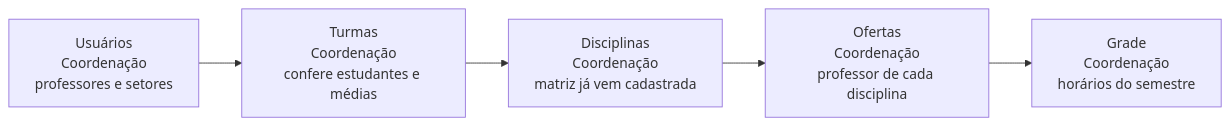
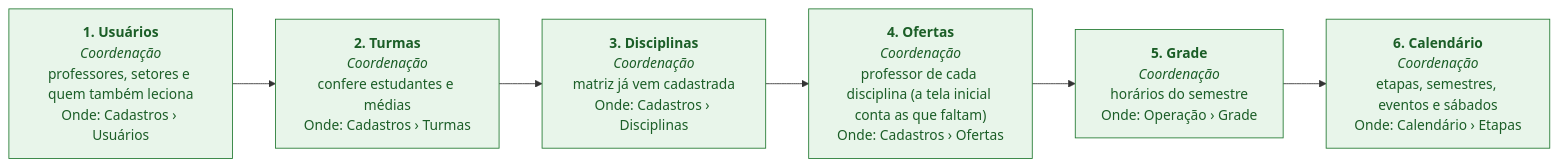
One commit to cctrc-bvg/sgc-redes-bvg changed diagram 12 of 14 in docs/MANUAL_DO_USUARIO.md. Above: the diagram before and after it, drawn with Mermaid. The commit also changed other lines of this file and 109 other files, not shown here.

````diff
--- a/docs/MANUAL_DO_USUARIO.md
+++ b/docs/MANUAL_DO_USUARIO.md
@@ -665,12 +807,19 @@
 ```mermaid
 flowchart LR
-  E0["Usuários<br/>Coordenação<br/>professores e setores"]
-  E1["Turmas<br/>Coordenação<br/>confere estudantes e médias"]
+  classDef gestao fill:#e8f5ea,stroke:#237a32,color:#1b5e27
+  classDef docencia fill:#e8f0fb,stroke:#1d5fb8,color:#174a8f
+  classDef setor fill:#fffbeb,stroke:#d97706,color:#78350f
+  classDef sistema fill:#f8fafc,stroke:#64748b,color:#1e293b
+  classDef todos fill:#ffffff,stroke:#64748b,color:#1e293b
+  E0["<b>1. Usuários</b><br/><i>Coordenação</i><br/>professores, setores e quem também leciona<br/>Onde: Cadastros › Usuários"]:::gestao
+  E1["<b>2. Turmas</b><br/><i>Coordenação</i><br/>confere estudantes e médias<br/>Onde: Cadastros › Turmas"]:::gestao
   E0 --> E1
-  E2["Disciplinas<br/>Coordenação<br/>matriz já vem cadastrada"]
+  E2["<b>3. Disciplinas</b><br/><i>Coordenação</i><br/>matriz já vem cadastrada<br/>Onde: Cadastros › Disciplinas"]:::gestao
   E1 --> E2
-  E3["Ofertas<br/>Coordenação<br/>professor de cada disciplina"]
+  E3["<b>4. Ofertas</b><br/><i>Coordenação</i><br/>professor de cada disciplina (a tela inicial conta as que faltam)<br/>Onde: Cadastros › Ofertas"]:::gestao
   E2 --> E3
-  E4["Grade<br/>Coordenação<br/>horários do semestre"]
+  E4["<b>5. Grade</b><br/><i>Coordenação</i><br/>horários do semestre<br/>Onde: Operação › Grade"]:::gestao
   E3 --> E4
+  E5["<b>6. Calendário</b><br/><i>Coordenação</i><br/>etapas, semestres, eventos e sábados<br/>Onde: Calendário › Etapas"]:::gestao
+  E4 --> E5
 ```
````
